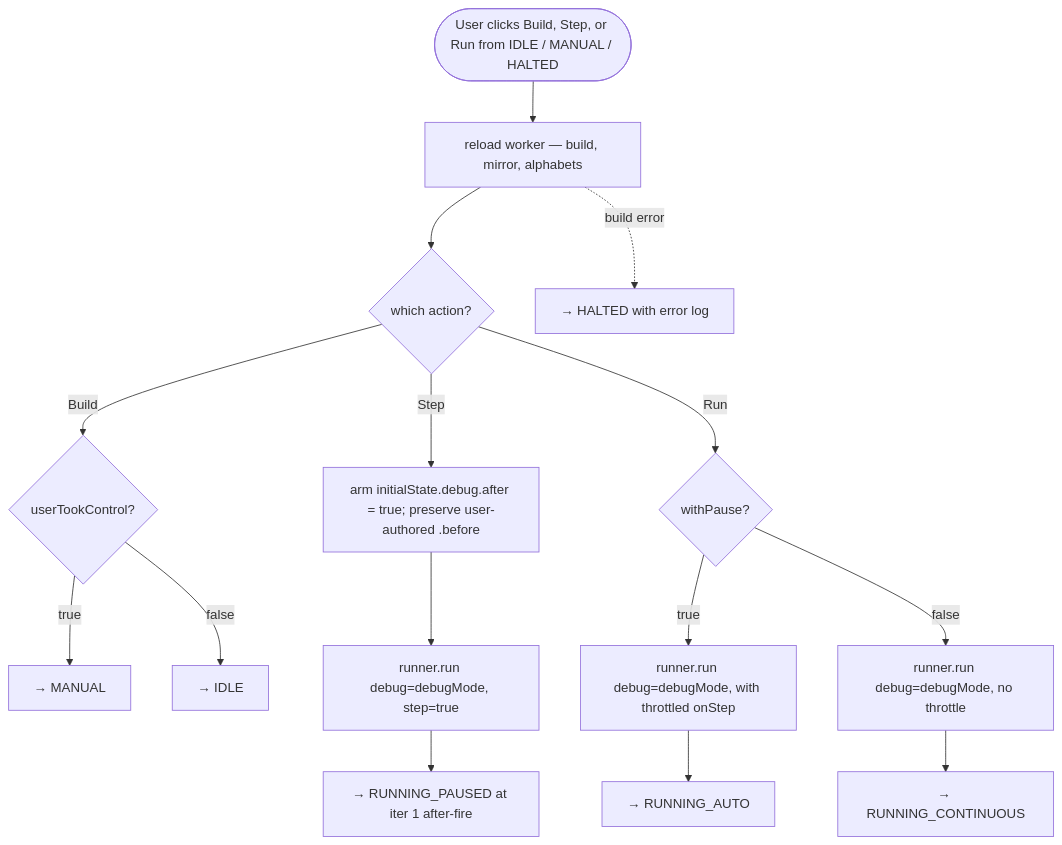
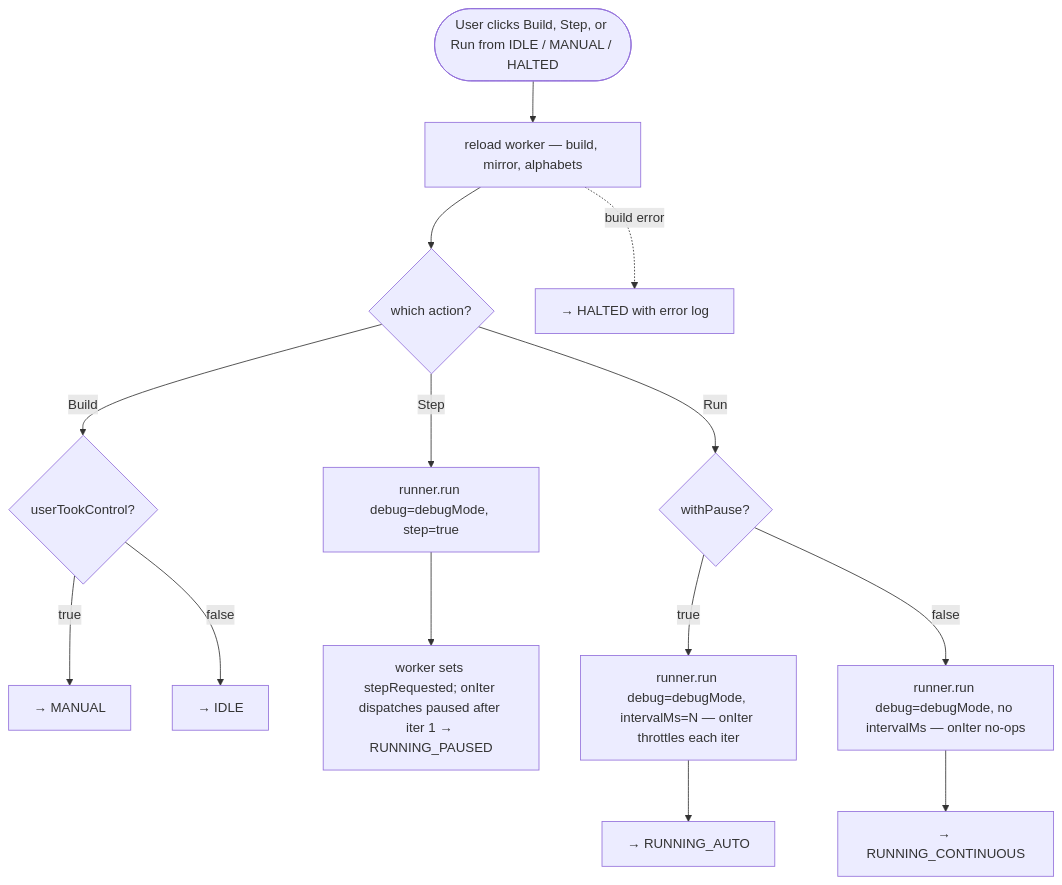
One commit to mellonis/machines-demo changed the second of 3 diagrams in docs/execution-model.md. Above: the diagram before and after it, drawn with Mermaid. The commit also changed other lines of this file and 16 other files, not shown here.

First line of the commit message:
RUNNING_AUTO: run() with onIter throttle (closes #43) (#68)

````diff
--- a/docs/execution-model.md
+++ b/docs/execution-model.md
@@ -179,18 +179,17 @@
 ```mermaid
 flowchart TD
     Start([User clicks Build, Step, or Run from IDLE / MANUAL / HALTED])
     Start --> Reload[reload worker — build, mirror, alphabets]
     Reload --> Action{which action?}
     Reload -. build error .-> ErrorOut[→ HALTED with error log]
     Action -->|Build| Resolve1{userTookControl?}
     Resolve1 -->|true| ManualOut[→ MANUAL]
     Resolve1 -->|false| IdleOut[→ IDLE]
-    Action -->|Step| ArmAfter[arm initialState.debug.after = true; preserve user-authored .before]
-    ArmAfter --> RunStep[runner.run debug=debugMode, step=true]
-    RunStep --> PauseOut[→ RUNNING_PAUSED at iter 1 after-fire]
+    Action -->|Step| RunStep[runner.run debug=debugMode, step=true]
+    RunStep --> PauseOut[worker sets stepRequested; onIter dispatches paused after iter 1 → RUNNING_PAUSED]
     Action -->|Run| WithPause{withPause?}
-    WithPause -->|true| RunAuto[runner.run debug=debugMode, with throttled onStep]
+    WithPause -->|true| RunAuto[runner.run debug=debugMode, intervalMs=N — onIter throttles each iter]
     RunAuto --> AutoOut[→ RUNNING_AUTO]
-    WithPause -->|false| RunCont[runner.run debug=debugMode, no throttle]
+    WithPause -->|false| RunCont[runner.run debug=debugMode, no intervalMs — onIter no-ops]
     RunCont --> ContOut[→ RUNNING_CONTINUOUS]
 ```
````
